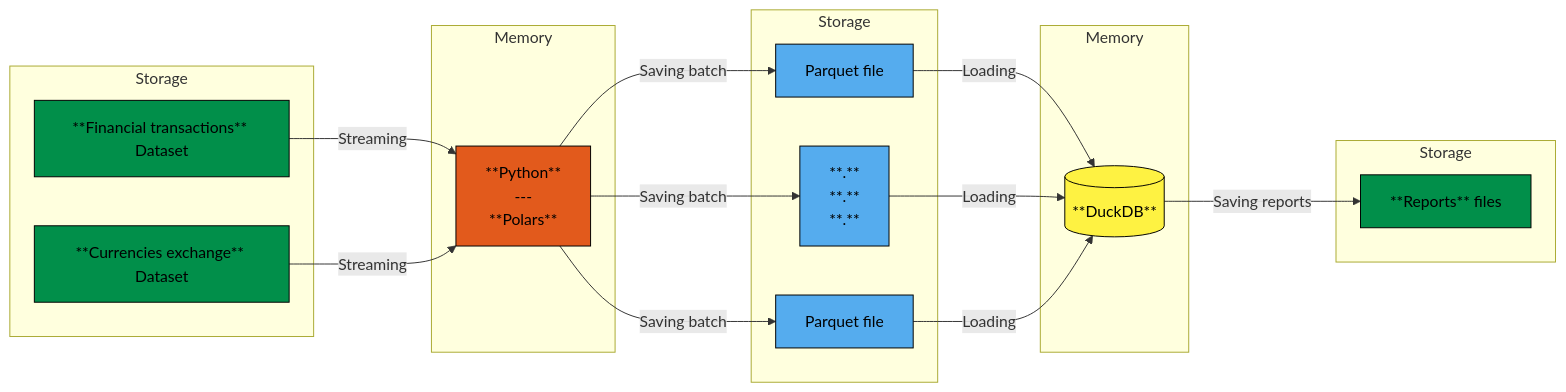
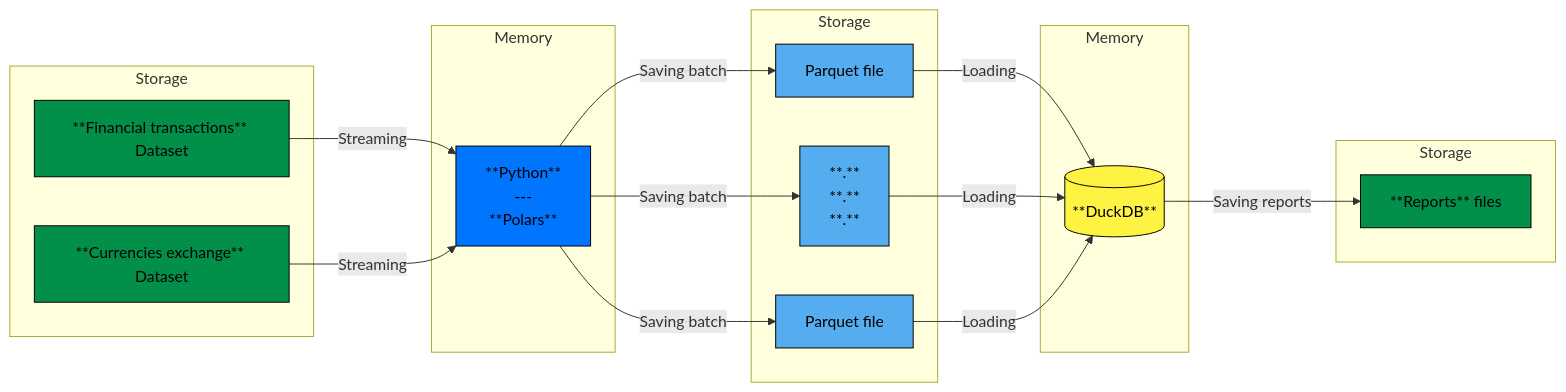
One commit to LugolBis/data-financial changed the diagram in README.md. Above: the diagram before and after it, drawn with Mermaid. The commit also changed other lines of this file, not shown here.

Commit message:
Update README.md with project details and schema

````diff
--- a/README.md
+++ b/README.md
@@ -9,44 +9,44 @@
 ```mermaid
 flowchart LR
     A[**Financial transactions** Dataset] -->|Streaming| C[**Python** <br>--- <br> **Polars**]
     B[**Currencies exchange** Dataset] -->|Streaming| C[**Python** <br>--- <br> **Polars**]
     C -->|Saving batch| D0[Parquet file]
     C -->|Saving batch| D1[**.**<br>**.**<br> **.**]
     C -->|Saving batch| D2[Parquet file]
     D0 -->|Loading| E[(**DuckDB**)]
     D1 -->|Loading| E[(**DuckDB**)]
     D2 -->|Loading| E[(**DuckDB**)]
     E -->|Saving reports| F[**Reports** files]
 
     subgraph Extraction [Storage]
         A
         B
     end
 
     subgraph Processing [Memory]
         C
     end
 
     subgraph Save [Storage]
         D0
         D1
         D2
     end
 
     subgraph DBInMemory [Memory]
         E
     end
 
     subgraph Reports [Storage]
         F
     end
     
     style A fill:#018f4a,stroke:#000000,color:#000000,stroke-width:1px
     style B fill:#018f4a,stroke:#000000,color:#000000,stroke-width:1px
-    style C fill:#e25a1c,stroke:#000000,color:#000000,stroke-width:1px
+    style C fill:#0075ff,stroke:#000000,color:#000000,stroke-width:1px
     style D0 fill:#55acee,stroke:#000000,color:#000000,stroke-width:1px
     style D1 fill:#55acee,stroke:#000000,color:#000000,stroke-width:1px
     style D2 fill:#55acee,stroke:#000000,color:#000000,stroke-width:1px
     style E fill:#fef242,stroke:#000000,color:#000000,stroke-width:1px
     style F fill:#018f4a,stroke:#000000,color:#000000,stroke-width:1px
 ```
````
